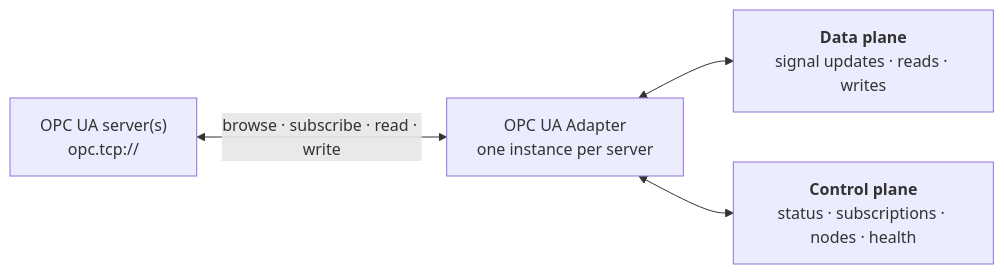
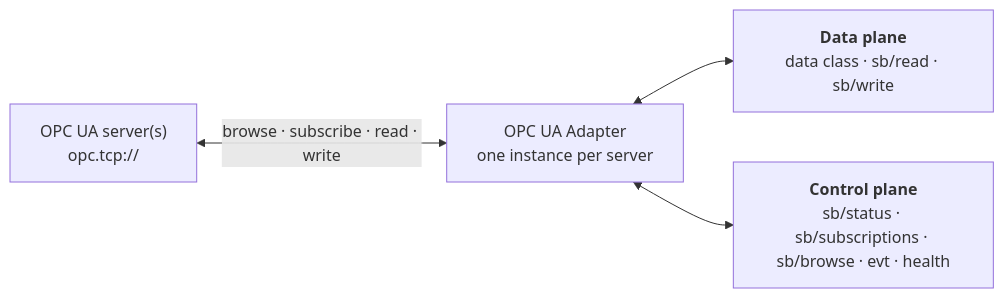
Before and after one commit to edgecommons/opcua-adapter: the first of 2 diagrams in docs/explanation.md, drawn with Mermaid. The commit also changed other lines of this file and 22 other files, not shown here.

````diff
--- a/docs/explanation.md
+++ b/docs/explanation.md
@@ -55,10 +55,10 @@
 ```mermaid
 flowchart LR
     SRV["OPC UA server(s)<br/>opc.tcp://"]
     DEV["OPC UA Adapter<br/>one instance per server"]
-    DP["<b>Data plane</b><br/>signal updates · reads · writes"]
-    CP["<b>Control plane</b><br/>status · subscriptions · nodes · health"]
+    DP["<b>Data plane</b><br/>data class · sb/read · sb/write"]
+    CP["<b>Control plane</b><br/>sb/status · sb/subscriptions · sb/browse · evt · health"]
     SRV <-->|"browse · subscribe · read · write"| DEV
     DEV <--> DP
     DEV <--> CP
 ```
````
